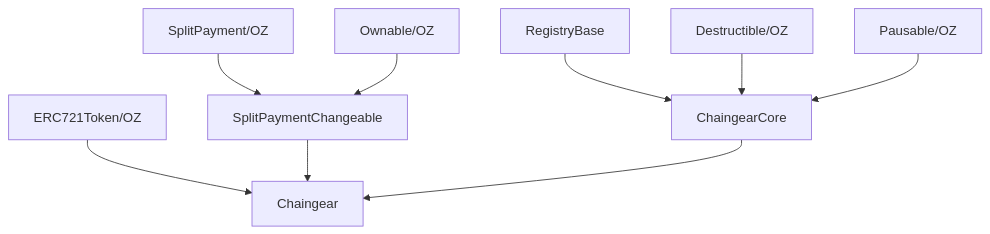
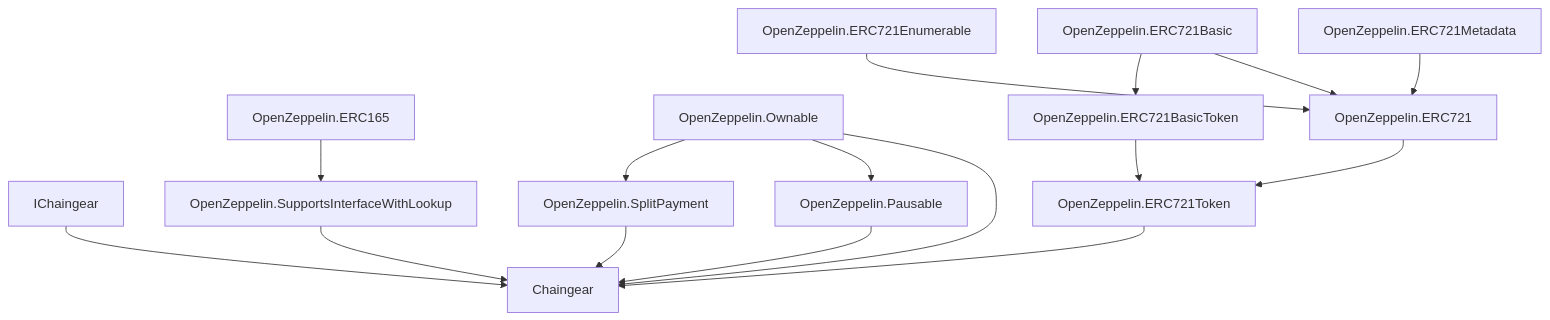
One commit to sdliuyuzhi/Library changed the diagram in сhaingear/mermaid/origin/contracts-chaingear_inheritance.mmd. Above: the diagram before and after it, drawn with Mermaid. The commit also changed 68 other files, not shown here.

```diff
--- a/сhaingear/mermaid/origin/contracts-chaingear_inheritance.mmd
+++ b/сhaingear/mermaid/origin/contracts-chaingear_inheritance.mmd
@@ -1,9 +1,16 @@
 graph TD;
-    ERC721Token/OZ-->Chaingear;
-    SplitPaymentChangeable-->Chaingear;
-    ChaingearCore-->Chaingear;
-    SplitPayment/OZ-->SplitPaymentChangeable;
-    Ownable/OZ-->SplitPaymentChangeable;
-    RegistryBase-->ChaingearCore;
-    Destructible/OZ-->ChaingearCore;
-    Pausable/OZ-->ChaingearCore;
+    IChaingear-->Chaingear;
+    OpenZeppelin.ERC721Token-->Chaingear;
+    OpenZeppelin.SplitPayment-->Chaingear;
+    OpenZeppelin.Pausable-->Chaingear;
+    OpenZeppelin.SupportsInterfaceWithLookup-->Chaingear;
+    OpenZeppelin.ERC165-->OpenZeppelin.SupportsInterfaceWithLookup;
+    OpenZeppelin.Ownable-->OpenZeppelin.SplitPayment;
+    OpenZeppelin.Ownable-->OpenZeppelin.Pausable;
+    OpenZeppelin.Ownable-->Chaingear;
+    OpenZeppelin.ERC721-->OpenZeppelin.ERC721Token;
+    OpenZeppelin.ERC721BasicToken-->OpenZeppelin.ERC721Token;
+    OpenZeppelin.ERC721Basic-->OpenZeppelin.ERC721BasicToken;
+    OpenZeppelin.ERC721Basic-->OpenZeppelin.ERC721;
+    OpenZeppelin.ERC721Enumerable-->OpenZeppelin.ERC721;
+    OpenZeppelin.ERC721Metadata-->OpenZeppelin.ERC721;
```
